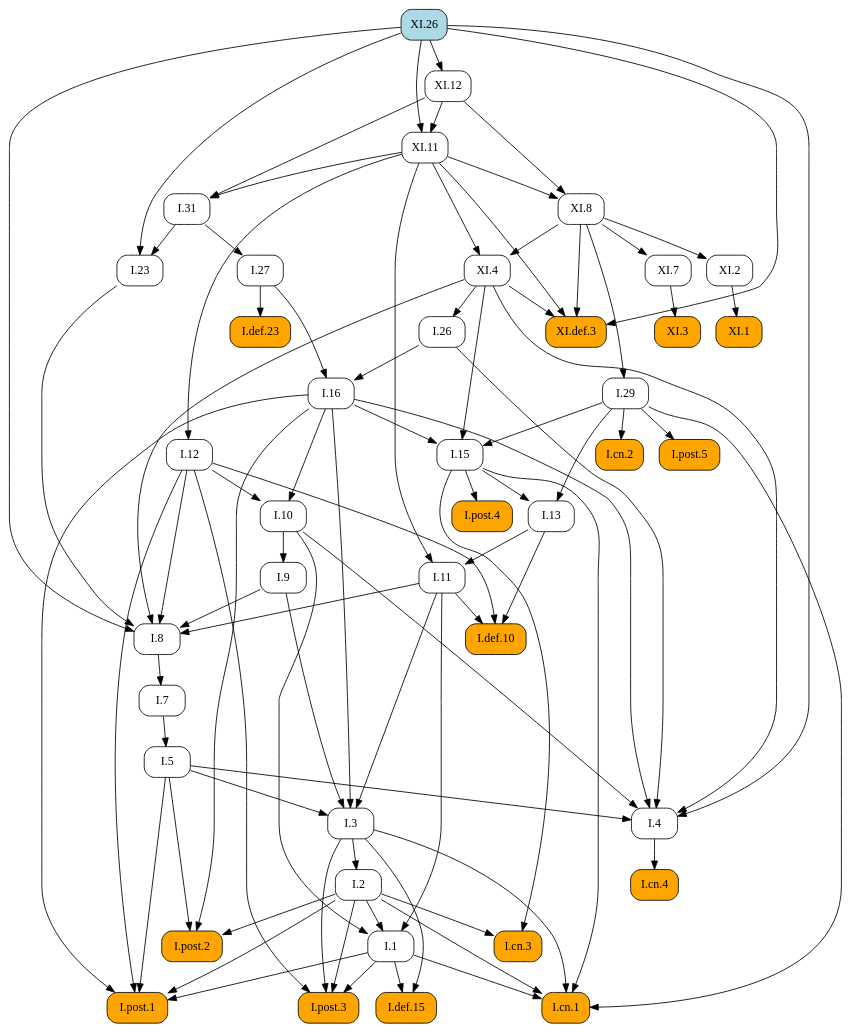
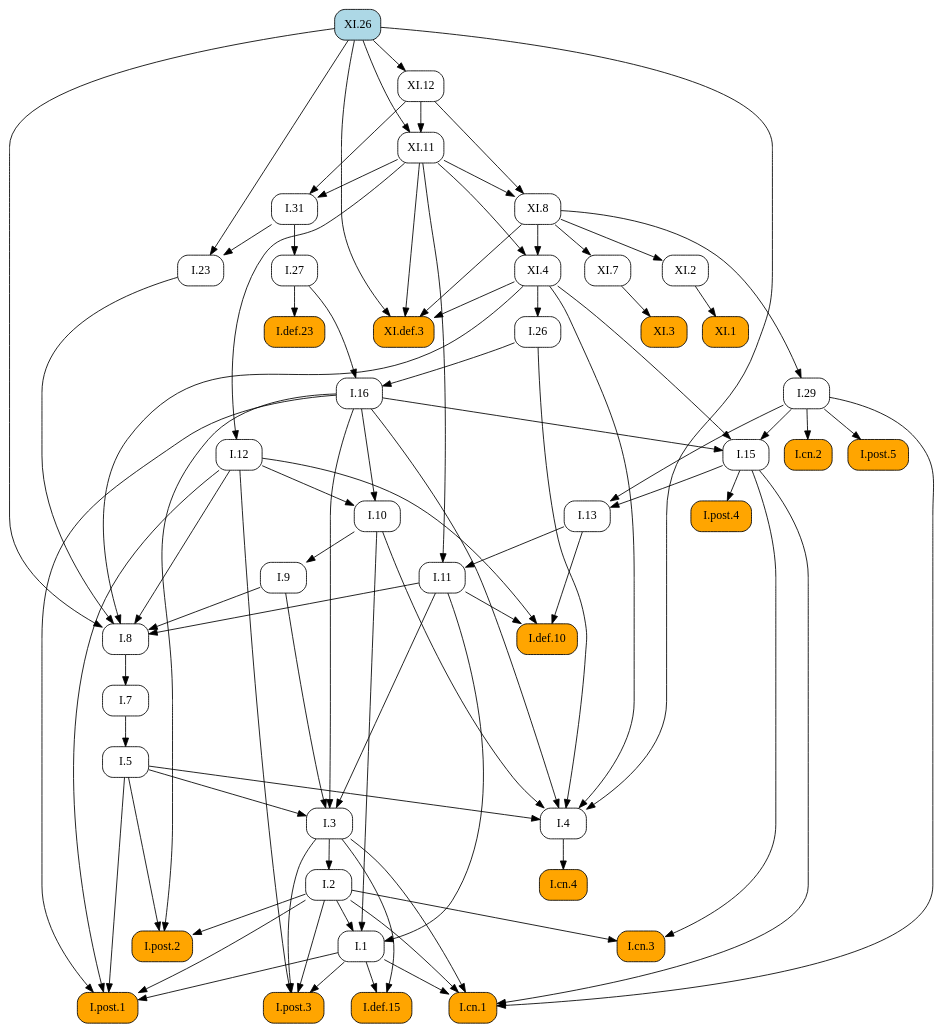
The diagram in docsrc/heath/XI/26/index.rst (geometor/elements), drawn with Graphviz before and after one commit. The commit also changed other lines of this file and 1029 other files, not shown here.

```diff
--- a/docsrc/heath/XI/26/index.rst
+++ b/docsrc/heath/XI/26/index.rst
@@ -52,102 +52,47 @@
    digraph {
      rankdir="TB";
      node [shape=box, style=rounded];
-     "I.cn.3" [style="rounded,filled", fillcolor=orange, URL="/heath/I/cn.3/", target="_top"];
-     "I.7" [URL="/heath/I/7/", target="_top"];
-     "I.29" [URL="/heath/I/29/", target="_top"];
-     "I.27" [URL="/heath/I/27/", target="_top"];
-     "I.def.23" [style="rounded,filled", fillcolor=orange, URL="/heath/I/def.23/", target="_top"];
-     "I.8" [URL="/heath/I/8/", target="_top"];
-     "I.9" [URL="/heath/I/9/", target="_top"];
-     "XI.4" [URL="/heath/XI/4/", target="_top"];
-     "I.post.4" [style="rounded,filled", fillcolor=orange, URL="/heath/I/post.4/", target="_top"];
-     "I.2" [URL="/heath/I/2/", target="_top"];
-     "I.def.15" [style="rounded,filled", fillcolor=orange, URL="/heath/I/def.15/", target="_top"];
-     "I.1" [URL="/heath/I/1/", target="_top"];
-     "I.post.1" [style="rounded,filled", fillcolor=orange, URL="/heath/I/post.1/", target="_top"];
-     "XI.1" [style="rounded,filled", fillcolor=orange, URL="/heath/XI/1/", target="_top"];
-     "I.cn.4" [style="rounded,filled", fillcolor=orange, URL="/heath/I/cn.4/", target="_top"];
-     "I.26" [URL="/heath/I/26/", target="_top"];
-     "I.23" [URL="/heath/I/23/", target="_top"];
-     "I.13" [URL="/heath/I/13/", target="_top"];
-     "I.cn.2" [style="rounded,filled", fillcolor=orange, URL="/heath/I/cn.2/", target="_top"];
-     "I.5" [URL="/heath/I/5/", target="_top"];
-     "I.11" [URL="/heath/I/11/", target="_top"];
-     "I.10" [URL="/heath/I/10/", target="_top"];
-     "I.4" [URL="/heath/I/4/", target="_top"];
-     "I.3" [URL="/heath/I/3/", target="_top"];
-     "I.16" [URL="/heath/I/16/", target="_top"];
-     "I.31" [URL="/heath/I/31/", target="_top"];
-     "XI.12" [URL="/heath/XI/12/", target="_top"];
-     "XI.26" [style="rounded,filled", fillcolor=lightblue, URL="/heath/XI/26/", target="_top"];
      "I.def.10" [style="rounded,filled", fillcolor=orange, URL="/heath/I/def.10/", target="_top"];
      "XI.def.3" [style="rounded,filled", fillcolor=orange, URL="/heath/XI/def.3/", target="_top"];
+     "I.11" [URL="/heath/I/11/", target="_top"];
+     "I.1" [URL="/heath/I/1/", target="_top"];
+     "I.post.4" [style="rounded,filled", fillcolor=orange, URL="/heath/I/post.4/", target="_top"];
+     "XI.12" [URL="/heath/XI/12/", target="_top"];
+     "I.26" [URL="/heath/I/26/", target="_top"];
+     "XI.7" [URL="/heath/XI/7/", target="_top"];
+     "I.29" [URL="/heath/I/29/", target="_top"];
+     "I.cn.2" [style="rounded,filled", fillcolor=orange, URL="/heath/I/cn.2/", target="_top"];
+     "XI.8" [URL="/heath/XI/8/", target="_top"];
+     "I.def.15" [style="rounded,filled", fillcolor=orange, URL="/heath/I/def.15/", target="_top"];
+     "XI.11" [URL="/heath/XI/11/", target="_top"];
+     "I.post.3" [style="rounded,filled", fillcolor=orange, URL="/heath/I/post.3/", target="_top"];
+     "XI.1" [style="rounded,filled", fillcolor=orange, URL="/heath/XI/1/", target="_top"];
+     "I.cn.1" [style="rounded,filled", fillcolor=orange, URL="/heath/I/cn.1/", target="_top"];
+     "I.cn.3" [style="rounded,filled", fillcolor=orange, URL="/heath/I/cn.3/", target="_top"];
+     "XI.2" [URL="/heath/XI/2/", target="_top"];
+     "I.23" [URL="/heath/I/23/", target="_top"];
+     "I.post.1" [style="rounded,filled", fillcolor=orange, URL="/heath/I/post.1/", target="_top"];
+     "XI.26" [style="rounded,filled", fillcolor=lightblue, URL="/heath/XI/26/", target="_top"];
+     "I.27" [URL="/heath/I/27/", target="_top"];
+     "I.7" [URL="/heath/I/7/", target="_top"];
+     "I.3" [URL="/heath/I/3/", target="_top"];
+     "I.2" [URL="/heath/I/2/", target="_top"];
+     "I.4" [URL="/heath/I/4/", target="_top"];
+     "I.def.23" [style="rounded,filled", fillcolor=orange, URL="/heath/I/def.23/", target="_top"];
+     "I.13" [URL="/heath/I/13/", target="_top"];
+     "I.12" [URL="/heath/I/12/", target="_top"];
+     "I.31" [URL="/heath/I/31/", target="_top"];
      "I.post.2" [style="rounded,filled", fillcolor=orange, URL="/heath/I/post.2/", target="_top"];
-     "I.post.3" [style="rounded,filled", fillcolor=orange, URL="/heath/I/post.3/", target="_top"];
+     "I.16" [URL="/heath/I/16/", target="_top"];
+     "I.9" [URL="/heath/I/9/", target="_top"];
+     "I.8" [URL="/heath/I/8/", target="_top"];
+     "I.cn.4" [style="rounded,filled", fillcolor=orange, URL="/heath/I/cn.4/", target="_top"];
+     "I.15" [URL="/heath/I/15/", target="_top"];
+     "XI.4" [URL="/heath/XI/4/", target="_top"];
      "I.post.5" [style="rounded,filled", fillcolor=orange, URL="/heath/I/post.5/", target="_top"];
+     "I.10" [URL="/heath/I/10/", target="_top"];
+     "I.5" [URL="/heath/I/5/", target="_top"];
      "XI.3" [style="rounded,filled", fillcolor=orange, URL="/heath/XI/3/", target="_top"];
-     "I.12" [URL="/heath/I/12/", target="_top"];
-     "XI.7" [URL="/heath/XI/7/", target="_top"];
-     "I.cn.1" [style="rounded,filled", fillcolor=orange, URL="/heath/I/cn.1/", target="_top"];
-     "I.15" [URL="/heath/I/15/", target="_top"];
-     "XI.11" [URL="/heath/XI/11/", target="_top"];
-     "XI.2" [URL="/heath/XI/2/", target="_top"];
-     "XI.8" [URL="/heath/XI/8/", target="_top"];
-     "I.2" -> "I.cn.3";
-     "I.15" -> "I.cn.3";
-     "I.8" -> "I.7";
-     "XI.8" -> "I.29";
-     "I.31" -> "I.27";
-     "I.27" -> "I.def.23";
-     "I.9" -> "I.8";
-     "I.11" -> "I.8";
-     "I.12" -> "I.8";
-     "I.23" -> "I.8";
-     "XI.4" -> "I.8";
-     "XI.26" -> "I.8";
-     "I.10" -> "I.9";
-     "XI.8" -> "XI.4";
-     "XI.11" -> "XI.4";
-     "I.15" -> "I.post.4";
-     "I.3" -> "I.2";
-     "I.1" -> "I.def.15";
-     "I.3" -> "I.def.15";
-     "I.2" -> "I.1";
-     "I.10" -> "I.1";
-     "I.11" -> "I.1";
-     "I.1" -> "I.post.1";
-     "I.2" -> "I.post.1";
-     "I.5" -> "I.post.1";
-     "I.12" -> "I.post.1";
-     "I.16" -> "I.post.1";
-     "XI.2" -> "XI.1";
-     "I.4" -> "I.cn.4";
-     "XI.4" -> "I.26";
-     "I.31" -> "I.23";
-     "XI.26" -> "I.23";
-     "I.15" -> "I.13";
-     "I.29" -> "I.13";
-     "I.29" -> "I.cn.2";
-     "I.7" -> "I.5";
-     "I.13" -> "I.11";
-     "XI.11" -> "I.11";
-     "I.12" -> "I.10";
-     "I.16" -> "I.10";
-     "I.5" -> "I.4";
-     "I.10" -> "I.4";
-     "I.16" -> "I.4";
-     "I.26" -> "I.4";
-     "XI.4" -> "I.4";
-     "XI.26" -> "I.4";
-     "I.5" -> "I.3";
-     "I.9" -> "I.3";
-     "I.11" -> "I.3";
-     "I.16" -> "I.3";
-     "I.26" -> "I.16";
-     "I.27" -> "I.16";
-     "XI.11" -> "I.31";
-     "XI.12" -> "I.31";
-     "XI.26" -> "XI.12";
      "I.11" -> "I.def.10";
      "I.12" -> "I.def.10";
      "I.13" -> "I.def.10";
@@ -155,28 +100,83 @@
      "XI.8" -> "XI.def.3";
      "XI.11" -> "XI.def.3";
      "XI.26" -> "XI.def.3";
-     "I.2" -> "I.post.2";
-     "I.5" -> "I.post.2";
-     "I.16" -> "I.post.2";
+     "I.13" -> "I.11";
+     "XI.11" -> "I.11";
+     "I.2" -> "I.1";
+     "I.10" -> "I.1";
+     "I.11" -> "I.1";
+     "I.15" -> "I.post.4";
+     "XI.26" -> "XI.12";
+     "XI.4" -> "I.26";
+     "XI.8" -> "XI.7";
+     "XI.8" -> "I.29";
+     "I.29" -> "I.cn.2";
+     "XI.11" -> "XI.8";
+     "XI.12" -> "XI.8";
+     "I.1" -> "I.def.15";
+     "I.3" -> "I.def.15";
+     "XI.12" -> "XI.11";
+     "XI.26" -> "XI.11";
      "I.1" -> "I.post.3";
      "I.2" -> "I.post.3";
      "I.3" -> "I.post.3";
      "I.12" -> "I.post.3";
-     "I.29" -> "I.post.5";
-     "XI.7" -> "XI.3";
-     "XI.11" -> "I.12";
-     "XI.8" -> "XI.7";
+     "XI.2" -> "XI.1";
      "I.1" -> "I.cn.1";
      "I.2" -> "I.cn.1";
      "I.3" -> "I.cn.1";
      "I.15" -> "I.cn.1";
      "I.29" -> "I.cn.1";
+     "I.2" -> "I.cn.3";
+     "I.15" -> "I.cn.3";
+     "XI.8" -> "XI.2";
+     "I.31" -> "I.23";
+     "XI.26" -> "I.23";
+     "I.1" -> "I.post.1";
+     "I.2" -> "I.post.1";
+     "I.5" -> "I.post.1";
+     "I.12" -> "I.post.1";
+     "I.16" -> "I.post.1";
+     "I.31" -> "I.27";
+     "I.8" -> "I.7";
+     "I.5" -> "I.3";
+     "I.9" -> "I.3";
+     "I.11" -> "I.3";
+     "I.16" -> "I.3";
+     "I.3" -> "I.2";
+     "I.5" -> "I.4";
+     "I.10" -> "I.4";
+     "I.16" -> "I.4";
+     "I.26" -> "I.4";
+     "XI.4" -> "I.4";
+     "XI.26" -> "I.4";
+     "I.27" -> "I.def.23";
+     "I.15" -> "I.13";
+     "I.29" -> "I.13";
+     "XI.11" -> "I.12";
+     "XI.11" -> "I.31";
+     "XI.12" -> "I.31";
+     "I.2" -> "I.post.2";
+     "I.5" -> "I.post.2";
+     "I.16" -> "I.post.2";
+     "I.26" -> "I.16";
+     "I.27" -> "I.16";
+     "I.10" -> "I.9";
+     "I.9" -> "I.8";
+     "I.11" -> "I.8";
+     "I.12" -> "I.8";
+     "I.23" -> "I.8";
+     "XI.4" -> "I.8";
+     "XI.26" -> "I.8";
+     "I.4" -> "I.cn.4";
      "I.16" -> "I.15";
      "I.29" -> "I.15";
      "XI.4" -> "I.15";
-     "XI.12" -> "XI.11";
-     "XI.26" -> "XI.11";
-     "XI.8" -> "XI.2";
-     "XI.11" -> "XI.8";
-     "XI.12" -> "XI.8";
+     "XI.8" -> "XI.4";
+     "XI.11" -> "XI.4";
+     "I.29" -> "I.post.5";
+     "I.12" -> "I.10";
+     "I.16" -> "I.10";
+     "I.7" -> "I.5";
+     "XI.7" -> "XI.3";
    }
```
